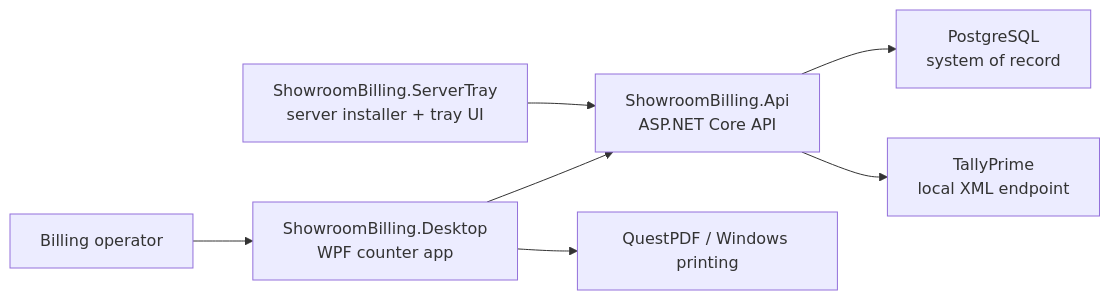
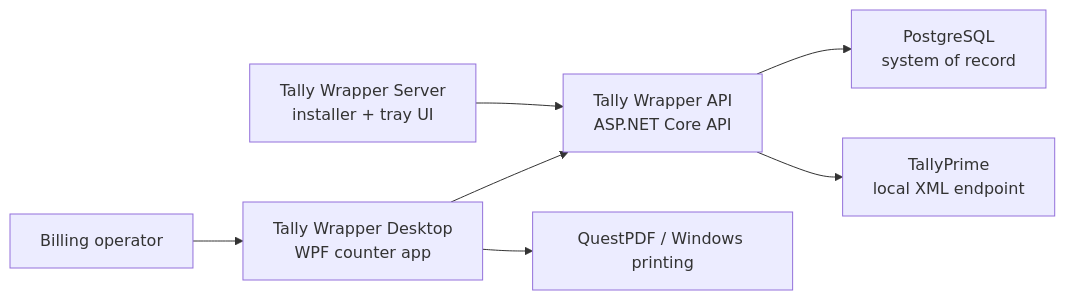
The diagram in README.md (kta136/tally-wrapper), drawn with Mermaid before and after one commit. The commit also changed other lines of this file and 50 other files, not shown here.

Commit message:
Rebrand public surface to Tally Wrapper

````diff
--- a/README.md
+++ b/README.md
@@ -46,9 +46,9 @@
 ```mermaid
 flowchart LR
-    Operator["Billing operator"] --> Desktop["ShowroomBilling.Desktop<br/>WPF counter app"]
-    Desktop --> Api["ShowroomBilling.Api<br/>ASP.NET Core API"]
-    ServerTray["ShowroomBilling.ServerTray<br/>server installer + tray UI"] --> Api
+    Operator["Billing operator"] --> Desktop["Tally Wrapper Desktop<br/>WPF counter app"]
+    Desktop --> Api["Tally Wrapper API<br/>ASP.NET Core API"]
+    ServerTray["Tally Wrapper Server<br/>installer + tray UI"] --> Api
     Api --> Postgres["PostgreSQL<br/>system of record"]
     Api --> Tally["TallyPrime<br/>local XML endpoint"]
     Desktop --> Printing["QuestPDF / Windows printing"]
 ```
````
